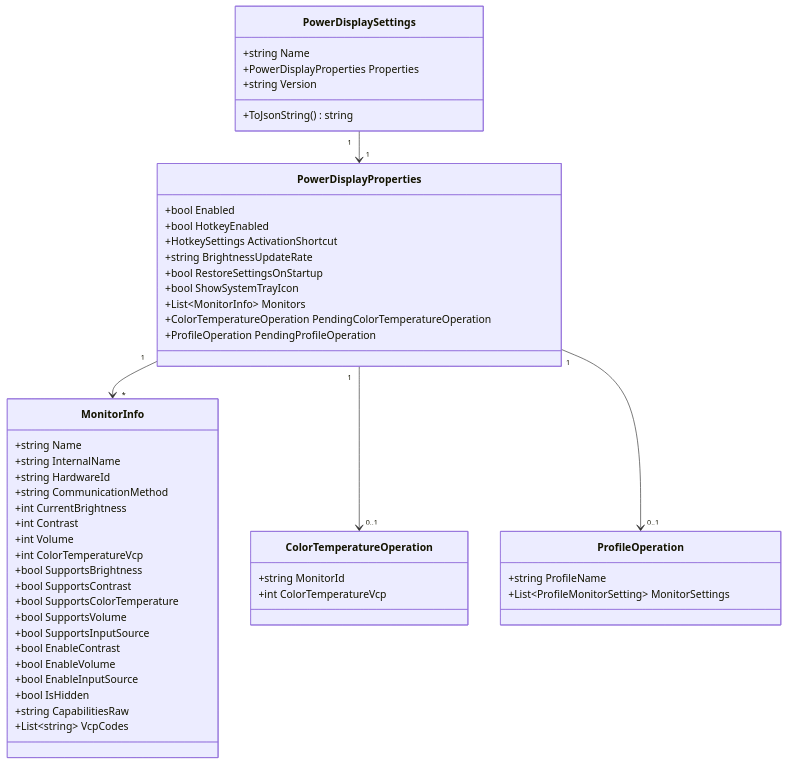
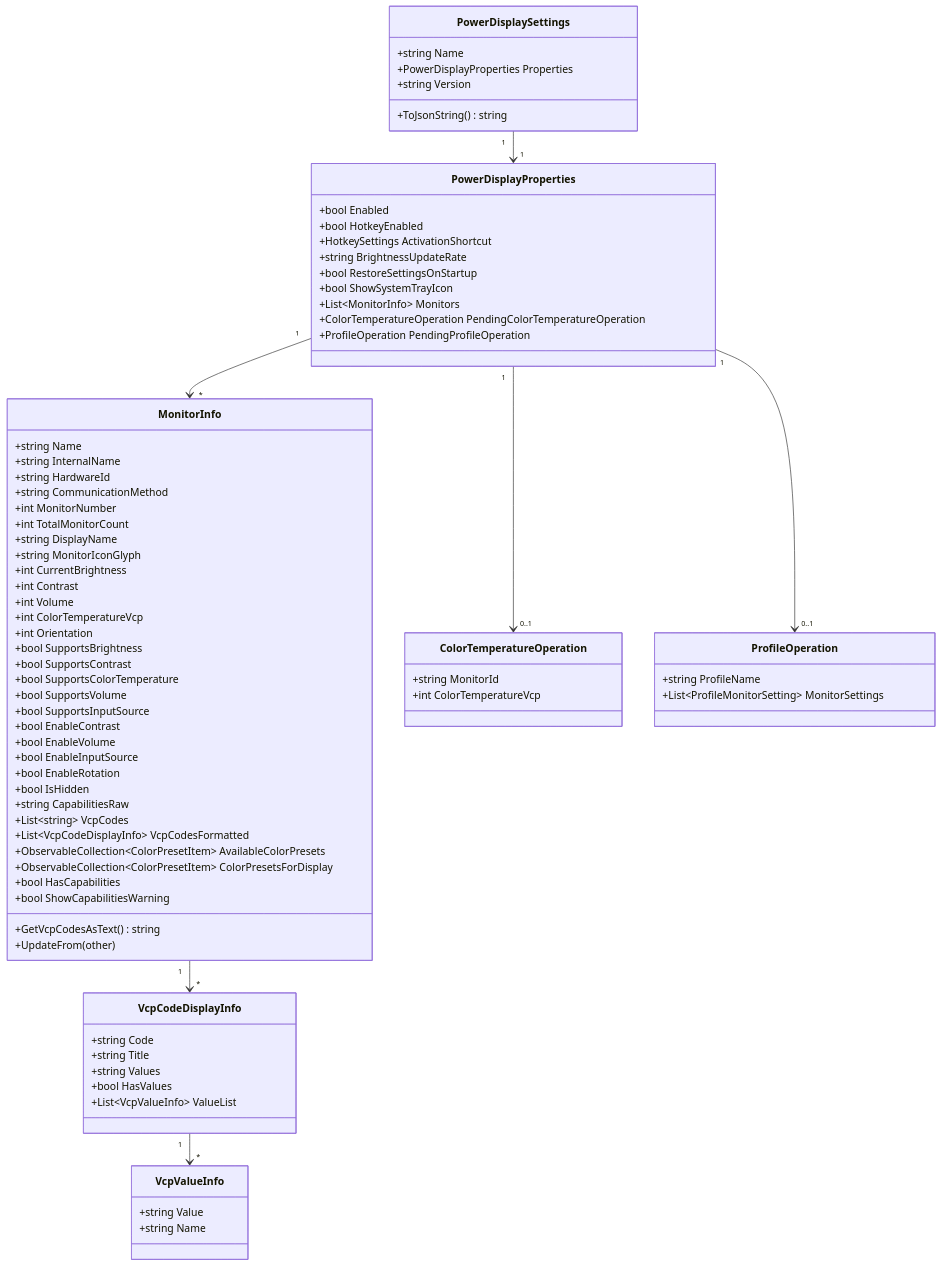
Diagram 17 of 17 in doc/devdocs/modules/powerdisplay/design.md (microsoft/PowerToys), drawn with Mermaid before and after one commit. The commit also changed other lines of this file, not shown here.

First line of the commit message:
Refactor PowerDisplay design: VCP, windowing, class updates

```diff
--- a/doc/devdocs/modules/powerdisplay/design.md
+++ b/doc/devdocs/modules/powerdisplay/design.md
@@ -1484,10 +1535,15 @@
         +string InternalName
         +string HardwareId
         +string CommunicationMethod
+        +int MonitorNumber
+        +int TotalMonitorCount
+        +string DisplayName
+        +string MonitorIconGlyph
         +int CurrentBrightness
         +int Contrast
         +int Volume
         +int ColorTemperatureVcp
+        +int Orientation
         +bool SupportsBrightness
         +bool SupportsContrast
         +bool SupportsColorTemperature
@@ -1496,9 +1552,30 @@
         +bool EnableContrast
         +bool EnableVolume
         +bool EnableInputSource
+        +bool EnableRotation
         +bool IsHidden
         +string CapabilitiesRaw
         +List~string~ VcpCodes
+        +List~VcpCodeDisplayInfo~ VcpCodesFormatted
+        +ObservableCollection~ColorPresetItem~ AvailableColorPresets
+        +ObservableCollection~ColorPresetItem~ ColorPresetsForDisplay
+        +bool HasCapabilities
+        +bool ShowCapabilitiesWarning
+        +GetVcpCodesAsText() string
+        +UpdateFrom(other)
+    }
+
+    class VcpCodeDisplayInfo {
+        +string Code
+        +string Title
+        +string Values
+        +bool HasValues
+        +List~VcpValueInfo~ ValueList
+    }
+
+    class VcpValueInfo {
+        +string Value
+        +string Name
     }
 
     class ColorTemperatureOperation {
@@ -1511,6 +1588,8 @@
         +List~ProfileMonitorSetting~ MonitorSettings
     }
 
+    MonitorInfo "1" --> "*" VcpCodeDisplayInfo
+    VcpCodeDisplayInfo "1" --> "*" VcpValueInfo
     PowerDisplaySettings "1" --> "1" PowerDisplayProperties
     PowerDisplayProperties "1" --> "*" MonitorInfo
     PowerDisplayProperties "1" --> "0..1" ColorTemperatureOperation
```
